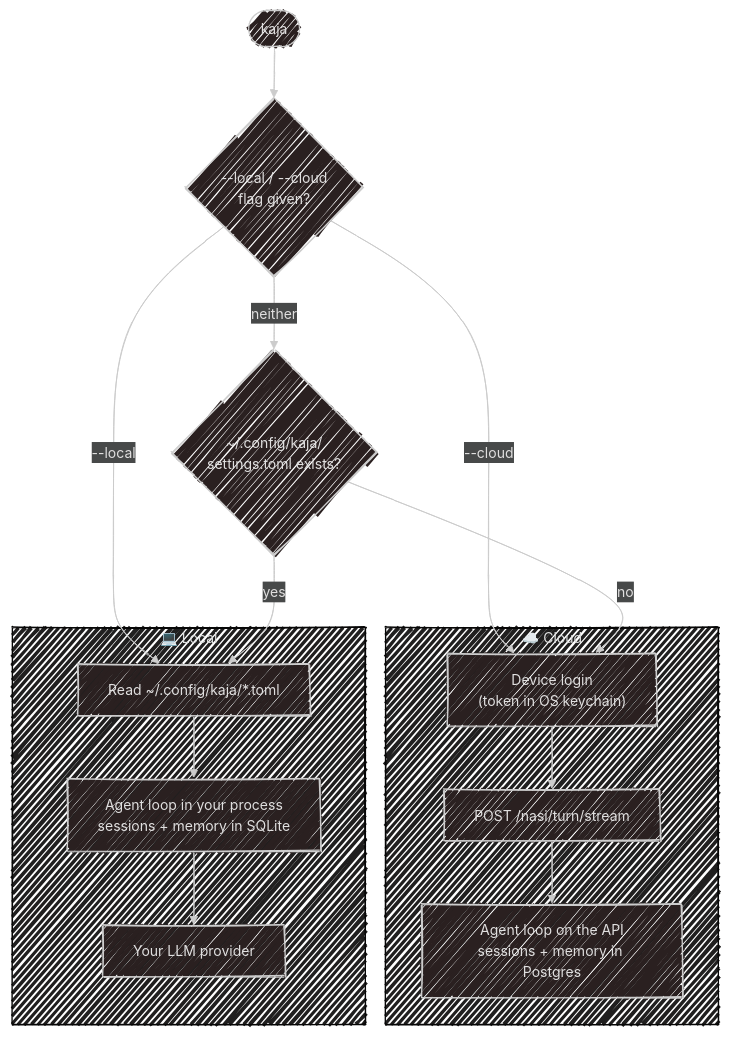
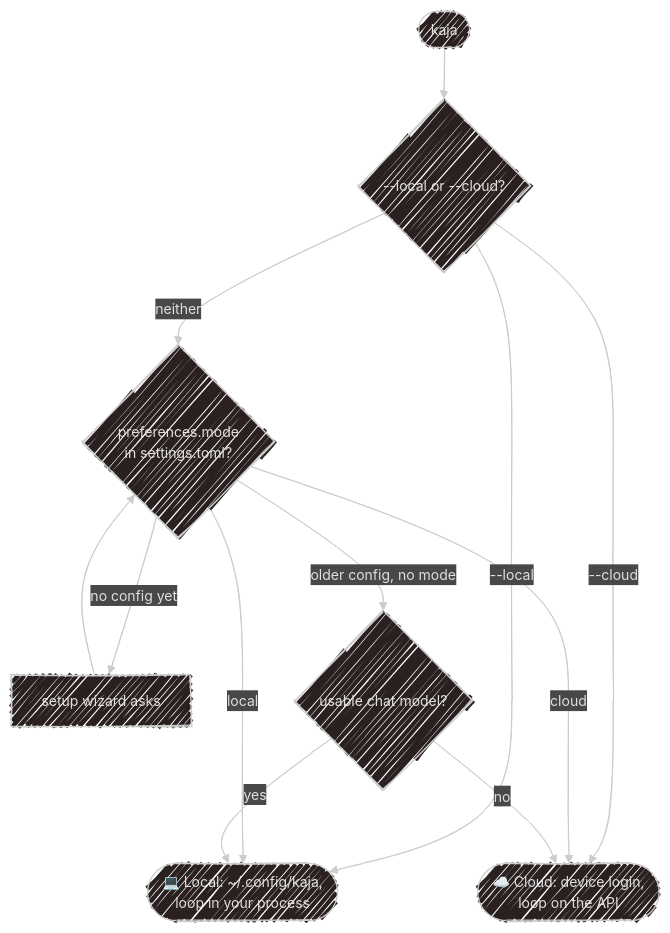
Before and after one commit to SubZtep/kaja: the first of 2 diagrams in docs/modes.md, drawn with Mermaid. The commit also changed other lines of this file and 106 other files, not shown here.

````diff
--- a/docs/modes.md
+++ b/docs/modes.md
@@ -11,24 +23,22 @@
 ```mermaid
 ---
 config:
   look: handDrawn
   theme: neo-dark
 ---
 flowchart TD
-    Start(["kaja"]) --> Flag{"--local / --cloud<br>flag given?"}
+    Start(["kaja"]) --> Flag{"--local or --cloud?"}
     Flag -->|"--local"| Local
     Flag -->|"--cloud"| Cloud
-    Flag -->|"neither"| Detect{"~/.config/kaja/<br>settings.toml exists?"}
-    Detect -->|yes| Local
-    Detect -->|no| Cloud
+    Flag -->|"neither"| Pref{"preferences.mode<br>in settings.toml?"}
+    Pref -->|"local"| Local
+    Pref -->|"cloud"| Cloud
+    Pref -->|"no config yet"| Wizard["setup wizard asks"]
+    Wizard --> Pref
+    Pref -->|"older config, no mode"| Guess{"usable chat model?"}
+    Guess -->|yes| Local
+    Guess -->|no| Cloud
 
-    subgraph CloudBox["☁️ Cloud"]
-        Cloud["Device login<br>(token in OS keychain)"] --> NasiHTTP["POST /nasi/turn/stream"]
-        NasiHTTP --> ServerLoop["Agent loop on the API<br>sessions + memory in Postgres"]
-    end
-
-    subgraph LocalBox["💻 Local"]
-        Local["Read ~/.config/kaja/*.toml"] --> LocalLoop["Agent loop in your process<br>sessions + memory in SQLite"]
-        LocalLoop --> Provider["Your LLM provider"]
-    end
+    Cloud(["☁️ Cloud: device login,<br>loop on the API"])
+    Local(["💻 Local: ~/.config/kaja,<br>loop in your process"])
 ```
````
